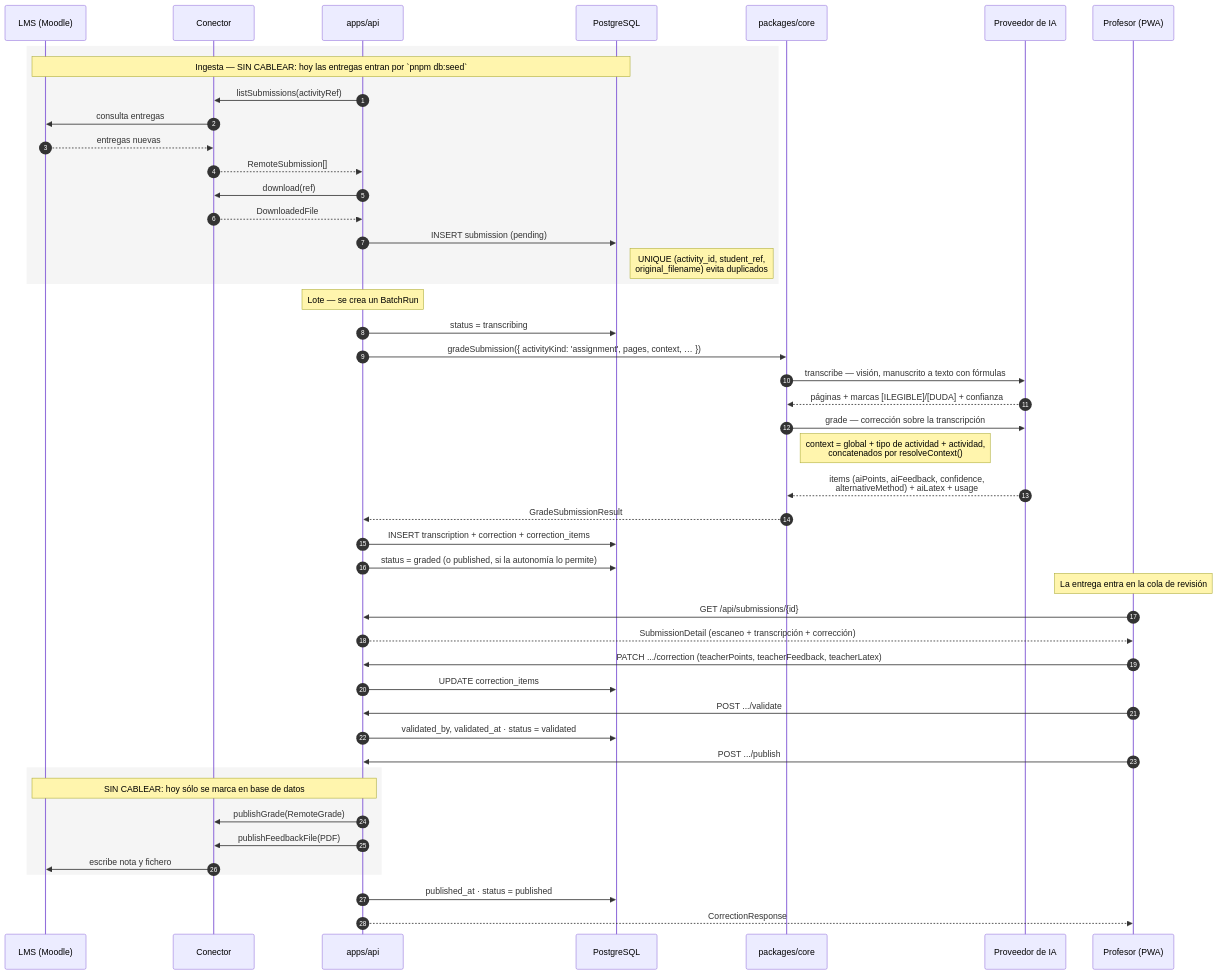
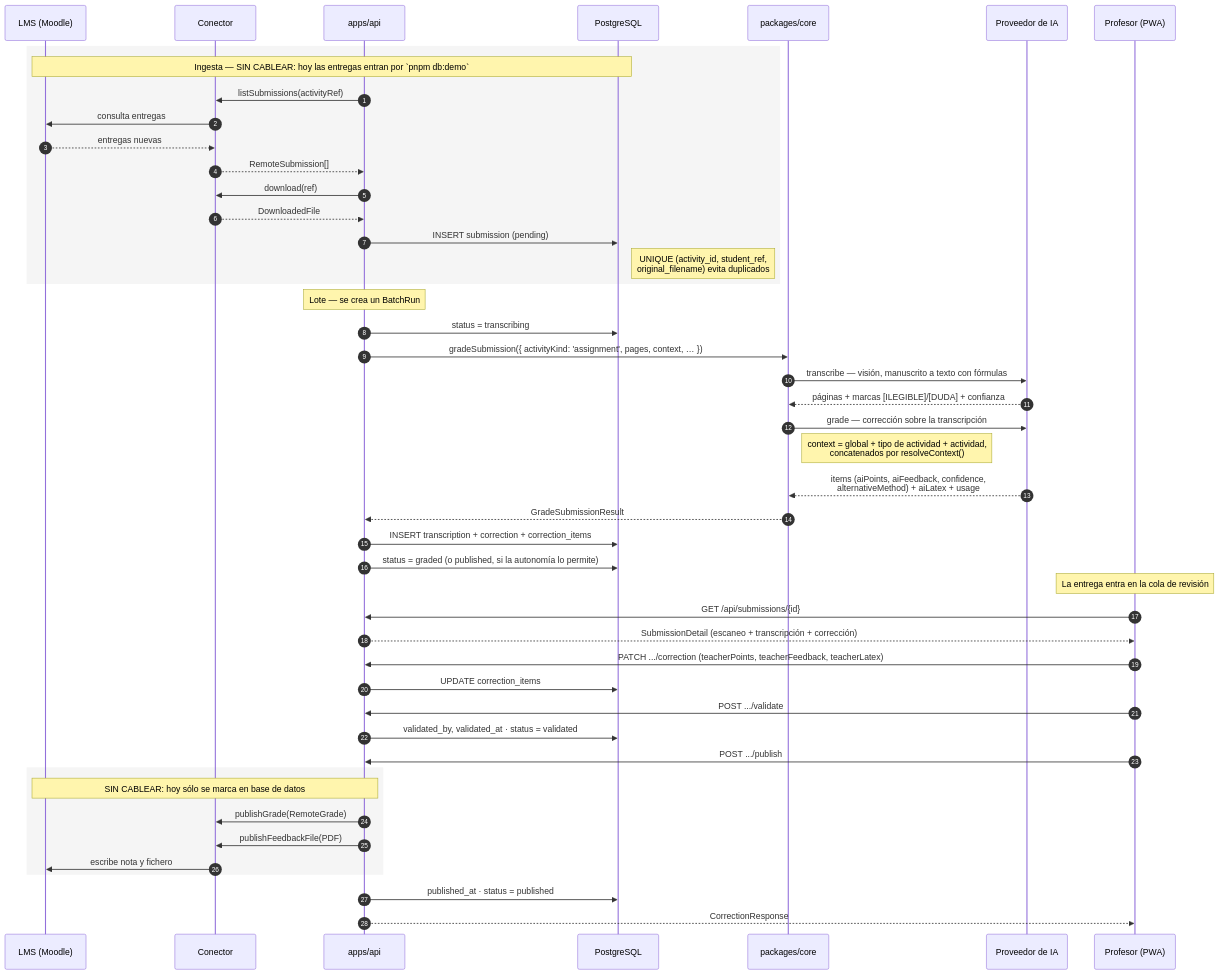
One commit to jamataran/vega changed the second of 4 diagrams in docs/arquitectura.md. Above: the diagram before and after it, drawn with Mermaid. The commit also changed other lines of this file and 20 other files, not shown here.

````diff
--- a/docs/arquitectura.md
+++ b/docs/arquitectura.md
@@ -109,54 +109,54 @@
 ```mermaid
 sequenceDiagram
   autonumber
   participant LMS as LMS (Moodle)
   participant CN as Conector
   participant API as apps/api
   participant DB as PostgreSQL
   participant CORE as packages/core
   participant AI as Proveedor de IA
   participant PROF as Profesor (PWA)
 
   rect rgb(245, 245, 245)
-    Note over LMS,DB: Ingesta — SIN CABLEAR: hoy las entregas entran por `pnpm db:seed`
+    Note over LMS,DB: Ingesta — SIN CABLEAR: hoy las entregas entran por `pnpm db:demo`
     API->>CN: listSubmissions(activityRef)
     CN->>LMS: consulta entregas
     LMS-->>CN: entregas nuevas
     CN-->>API: RemoteSubmission[]
     API->>CN: download(ref)
     CN-->>API: DownloadedFile
     API->>DB: INSERT submission (pending)
     Note right of DB: UNIQUE (activity_id, student_ref,<br/>original_filename) evita duplicados
   end
 
   Note over API: Lote — se crea un BatchRun
   API->>DB: status = transcribing
   API->>CORE: gradeSubmission({ activityKind: 'assignment', pages, context, … })
   CORE->>AI: transcribe — visión, manuscrito a texto con fórmulas
   AI-->>CORE: páginas + marcas [ILEGIBLE]/[DUDA] + confianza
 
   CORE->>AI: grade — corrección sobre la transcripción
   Note right of CORE: context = global + tipo de actividad + actividad,<br/>concatenados por resolveContext()
   AI-->>CORE: items (aiPoints, aiFeedback, confidence,<br/>alternativeMethod) + aiLatex + usage
   CORE-->>API: GradeSubmissionResult
   API->>DB: INSERT transcription + correction + correction_items
   API->>DB: status = graded (o published, si la autonomía lo permite)
 
   Note over PROF: La entrega entra en la cola de revisión
   PROF->>API: GET /api/submissions/{id}
   API-->>PROF: SubmissionDetail (escaneo + transcripción + corrección)
   PROF->>API: PATCH .../correction (teacherPoints, teacherFeedback, teacherLatex)
   API->>DB: UPDATE correction_items
   PROF->>API: POST .../validate
   API->>DB: validated_by, validated_at · status = validated
 
   PROF->>API: POST .../publish
   rect rgb(245, 245, 245)
     Note over API,LMS: SIN CABLEAR: hoy sólo se marca en base de datos
     API->>CN: publishGrade(RemoteGrade)
     API->>CN: publishFeedbackFile(PDF)
     CN->>LMS: escribe nota y fichero
   end
   API->>DB: published_at · status = published
   API-->>PROF: CorrectionResponse
 ```
````
